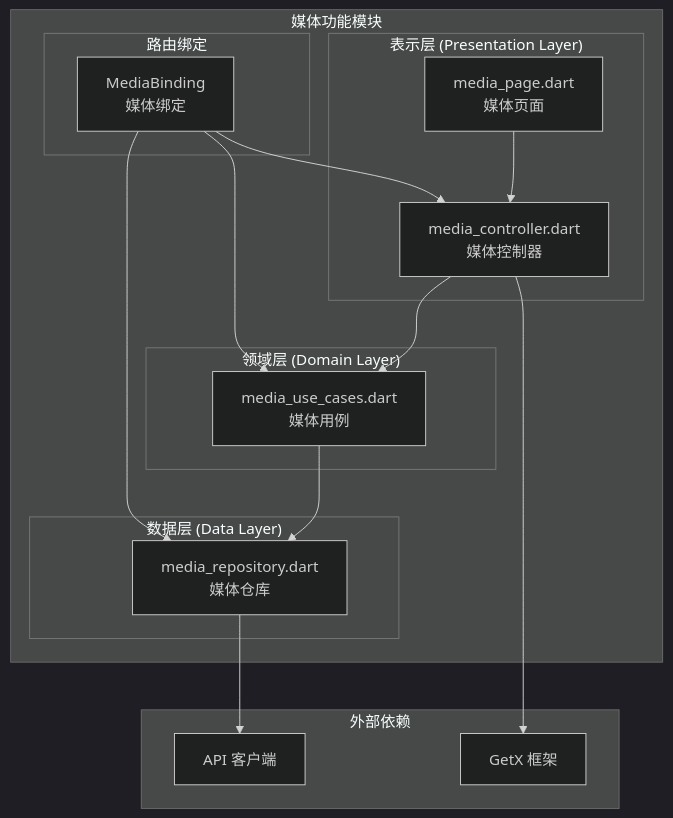
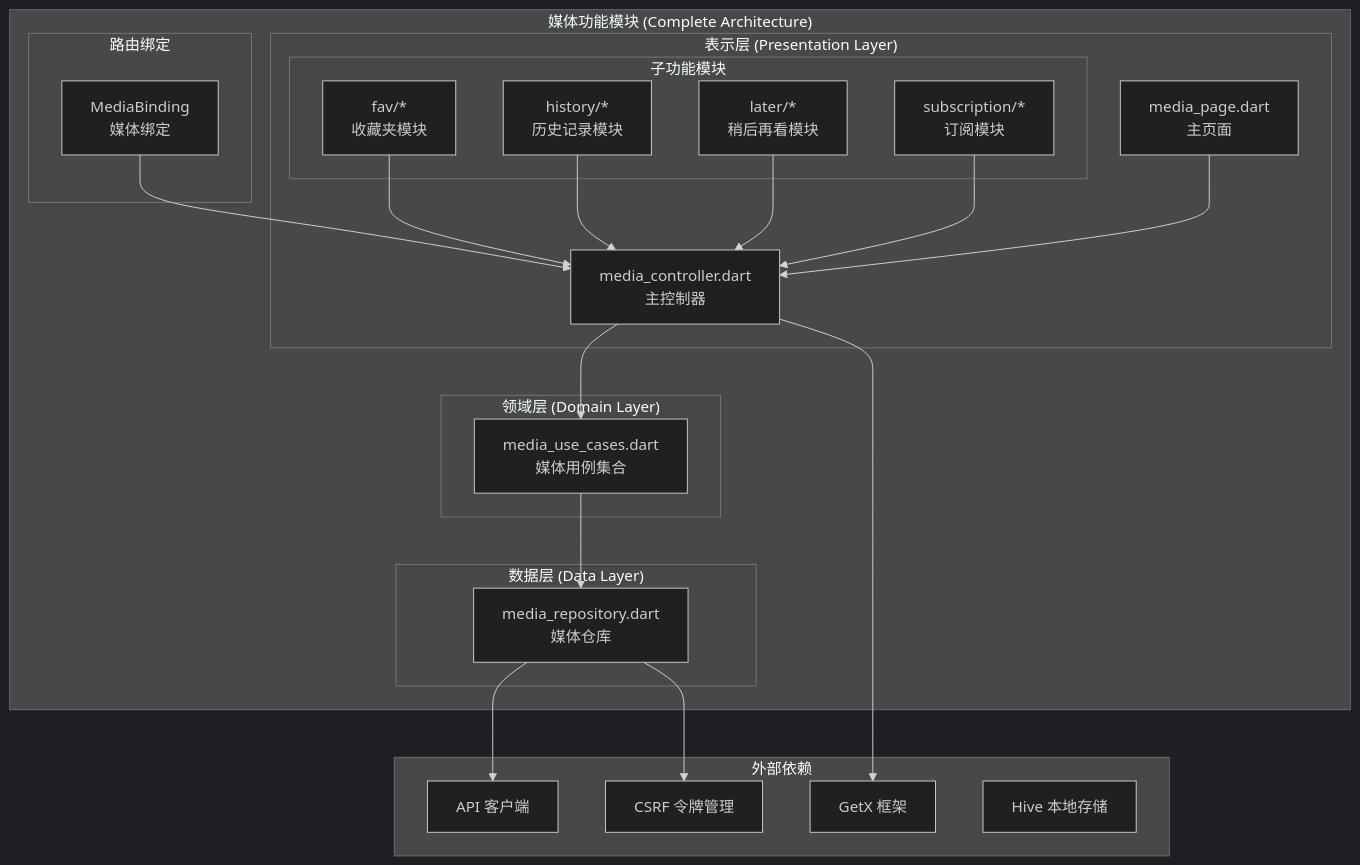
One commit to justLXX/pilipala changed the first of 19 diagrams in .qoder/repowiki/zh/content/核心模块/功能模块/媒体管理模块.md. Above: the diagram before and after it, drawn with Mermaid (dark theme). The commit also changed other lines of this file and 194 other files, not shown here.

````diff
--- a/.qoder/repowiki/zh/content/核心模块/功能模块/媒体管理模块.md
+++ b/.qoder/repowiki/zh/content/核心模块/功能模块/媒体管理模块.md
@@ -42,30 +63,41 @@
 ```mermaid
 graph TB
-subgraph "媒体功能模块"
+subgraph "媒体功能模块 (Complete Architecture)"
 subgraph "数据层 (Data Layer)"
 MR[media_repository.dart<br/>媒体仓库]
 end
 subgraph "领域层 (Domain Layer)"
-MUC[media_use_cases.dart<br/>媒体用例]
+MUC[media_use_cases.dart<br/>媒体用例集合]
 end
 subgraph "表示层 (Presentation Layer)"
-MC[media_controller.dart<br/>媒体控制器]
-MP[media_page.dart<br/>媒体页面]
+MC[media_controller.dart<br/>主控制器]
+MP[media_page.dart<br/>主页面]
+subgraph "子功能模块"
+FC[fav/*<br/>收藏夹模块]
+HC[history/*<br/>历史记录模块]
+LC[later/*<br/>稍后再看模块]
+SC[subscription/*<br/>订阅模块]
+end
 end
 subgraph "路由绑定"
 MB[MediaBinding<br/>媒体绑定]
 end
 end
 subgraph "外部依赖"
 API[API 客户端]
 GET[GetX 框架]
+CSRF[CSRF 令牌管理]
+HIVE[Hive 本地存储]
 end
 MR --> API
+MR --> CSRF
 MUC --> MR
 MC --> MUC
 MC --> GET
 MP --> MC
+FC --> MC
+HC --> MC
+LC --> MC
+SC --> MC
 MB --> MC
-MB --> MUC
-MB --> MR
 ```
````
